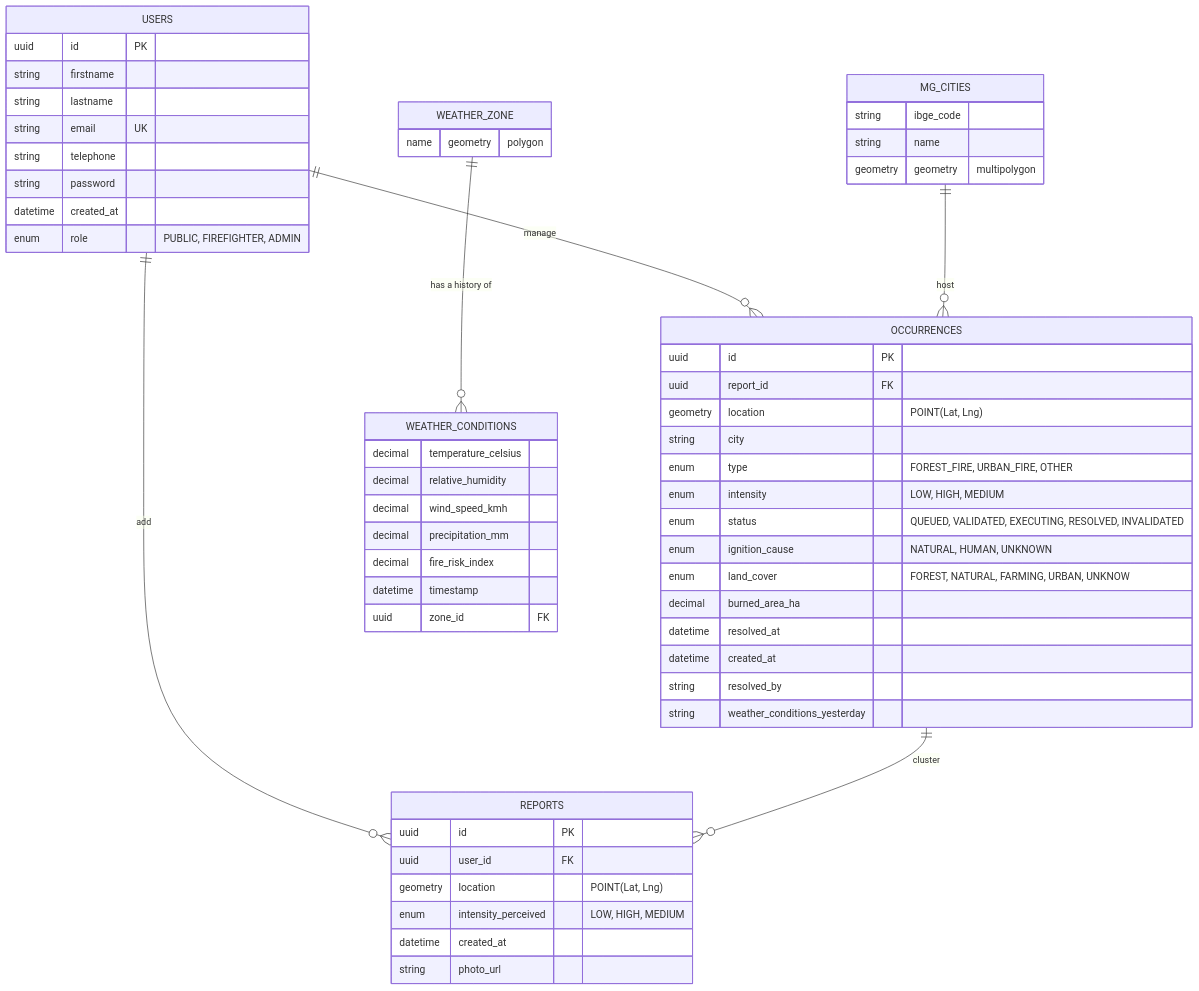
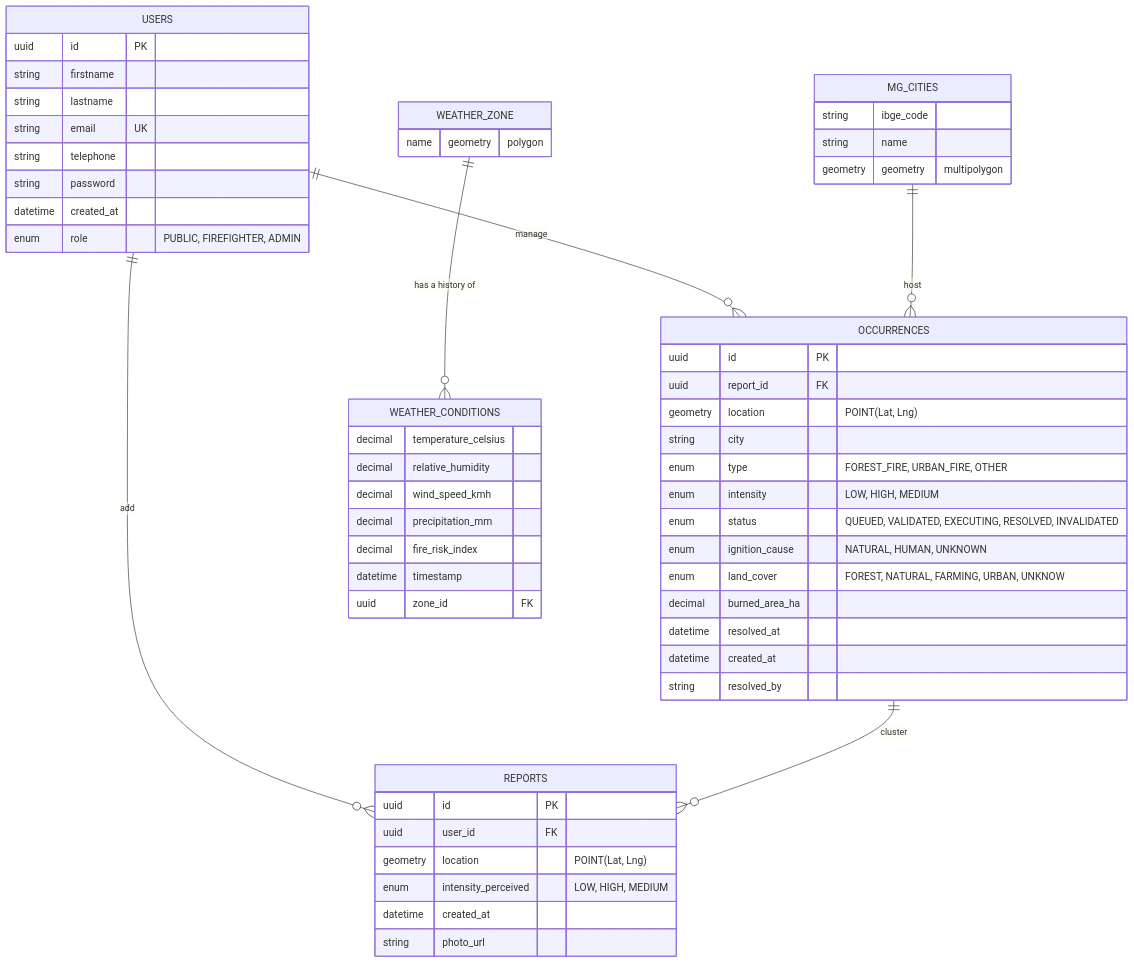
Before and after one commit to zetta-lab-fire-control/fire-control-api: the diagram in docs/schema.md, drawn with Mermaid.

Commit message:
docs: add new features to model occurrence based on external databases

````diff
--- a/docs/schema.md
+++ b/docs/schema.md
@@ -12,71 +12,70 @@
 ```mermaid
 erDiagram
 
     USERS {
         uuid id PK
         string firstname
         string lastname
         string email UK
         string telephone
         string password
         datetime created_at
         enum role "PUBLIC, FIREFIGHTER, ADMIN"
 
     }
 
     OCCURRENCES {
         uuid id PK
         uuid report_id FK
         geometry location "POINT(Lat, Lng)"
         string city
         enum type "FOREST_FIRE, URBAN_FIRE, OTHER"
         enum intensity "LOW, HIGH, MEDIUM"
         enum status "QUEUED, VALIDATED, EXECUTING, RESOLVED, INVALIDATED"
         enum ignition_cause "NATURAL, HUMAN, UNKNOWN"
         enum land_cover "FOREST, NATURAL, FARMING, URBAN, UNKNOW"
         decimal burned_area_ha
         datetime resolved_at
         datetime created_at
         string resolved_by
-        string weather_conditions_yesterday
     }
 
     REPORTS {
         uuid id PK
         uuid user_id FK
         geometry location "POINT(Lat, Lng)"
         enum intensity_perceived "LOW, HIGH, MEDIUM"
         datetime created_at
         string photo_url
     }
 
     MG_CITIES {
         string ibge_code
         string name
         geometry geometry "multipolygon"
     }
 
     WEATHER_ZONE {
         name
         geometry "polygon"
     }
 
     WEATHER_CONDITIONS {
         decimal temperature_celsius
         decimal relative_humidity
         decimal wind_speed_kmh
         decimal precipitation_mm
         decimal fire_risk_index
         datetime timestamp
         uuid zone_id FK
     }
 
 
     %% Relacionamentos
     USERS ||--o{ REPORTS : "add"
     USERS ||--o{ OCCURRENCES : "manage"
     OCCURRENCES ||--o{ REPORTS : "cluster"
     MG_CITIES ||--o{ OCCURRENCES : "host"
     WEATHER_ZONE ||--o{ WEATHER_CONDITIONS : "has a history of"
 
 ```
````
